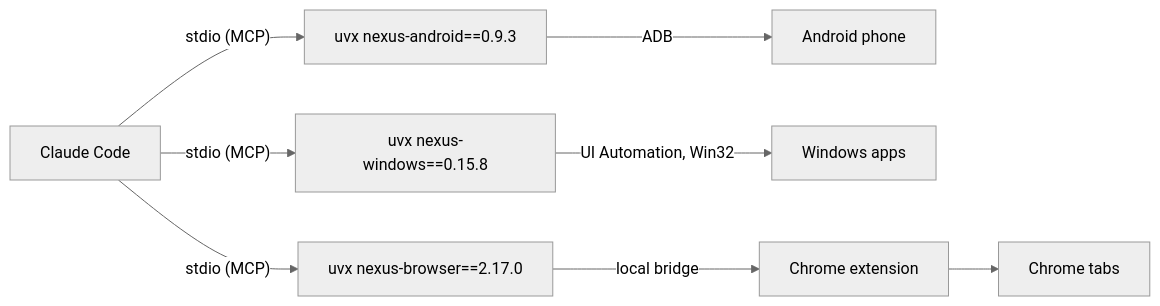
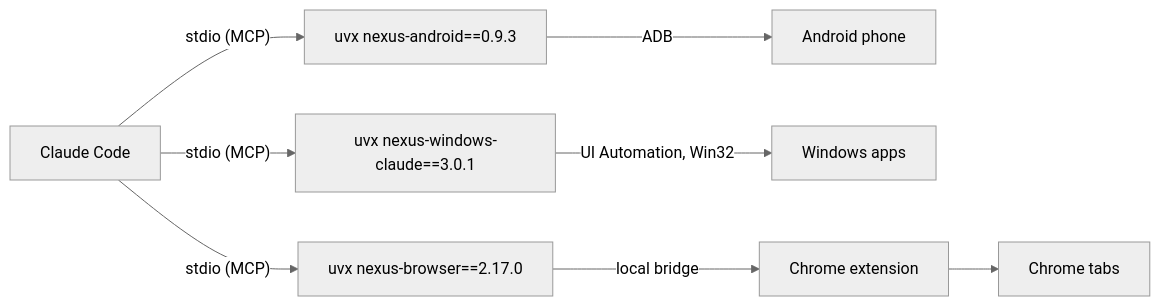
The diagram in README.md (pironjulien/NexusSystem), drawn with Mermaid (neutral theme) before and after one commit. The commit also changed other lines of this file and 8 other files, not shown here.

Commit message:
Update to 1.3.3: nexus-windows plugin starts nexus-windows-claude 3.0.1

````diff
--- a/README.md
+++ b/README.md
@@ -54,6 +54,6 @@
 ```mermaid
 flowchart LR
     C["Claude Code"] -- "stdio (MCP)" --> A["uvx nexus-android==0.9.3"] -- ADB --> P["Android phone"]
-    C -- "stdio (MCP)" --> W["uvx nexus-windows==0.15.8"] -- "UI Automation, Win32" --> D["Windows apps"]
+    C -- "stdio (MCP)" --> W["uvx nexus-windows-claude==3.0.1"] -- "UI Automation, Win32" --> D["Windows apps"]
     C -- "stdio (MCP)" --> B["uvx nexus-browser==2.17.0"] -- "local bridge" --> E["Chrome extension"] --> T["Chrome tabs"]
 ```
````
